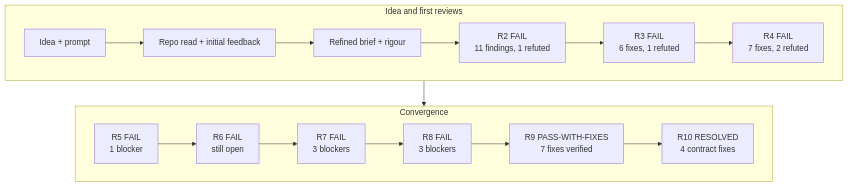
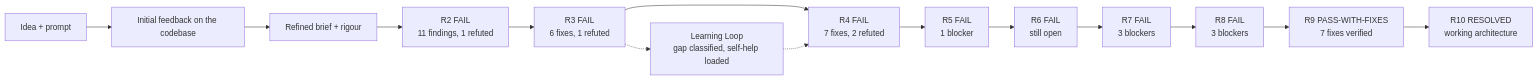
One commit to PearceTech335/open-code-skills changed the diagram in README.md. Above: the diagram before and after it, drawn with Mermaid. The commit also changed other lines of this file, not shown here.

Commit message:
Make audit diagram left-to-right, add Learning Loop, remove project specifics

````diff
--- a/README.md
+++ b/README.md
@@ -91,12 +91,11 @@
 ```mermaid
-flowchart TB
-    subgraph row1["Idea and first reviews"]
-        direction LR
-        A["Idea + prompt"] --> B["Repo read + initial feedback"] --> C["Refined brief + rigour"] --> R2["R2 FAIL<br/>11 findings, 1 refuted"] --> R3["R3 FAIL<br/>6 fixes, 1 refuted"] --> R4["R4 FAIL<br/>7 fixes, 2 refuted"]
-    end
-    subgraph row2["Convergence"]
-        direction LR
-        R5["R5 FAIL<br/>1 blocker"] --> R6["R6 FAIL<br/>still open"] --> R7["R7 FAIL<br/>3 blockers"] --> R8["R8 FAIL<br/>3 blockers"] --> R9["R9 PASS-WITH-FIXES<br/>7 fixes verified"] --> R10["R10 RESOLVED<br/>4 contract fixes"]
-    end
-    R4 --> R5
+flowchart LR
+    A["Idea + prompt"] --> B["Initial feedback on the codebase"] --> C["Refined brief + rigour"]
+    C --> R2["R2 FAIL<br/>11 findings, 1 refuted"] --> R3["R3 FAIL<br/>6 fixes, 1 refuted"]
+    R3 --> R4["R4 FAIL<br/>7 fixes, 2 refuted"]
+    R3 -.-> LL["Learning Loop<br/>gap classified, self-help loaded"]
+    LL -.-> R4
+    R4 --> R5["R5 FAIL<br/>1 blocker"] --> R6["R6 FAIL<br/>still open"] --> R7["R7 FAIL<br/>3 blockers"]
+    R7 --> R8["R8 FAIL<br/>3 blockers"] --> R9["R9 PASS-WITH-FIXES<br/>7 fixes verified"]
+    R9 --> R10["R10 RESOLVED<br/>working architecture"]
 ```
````
